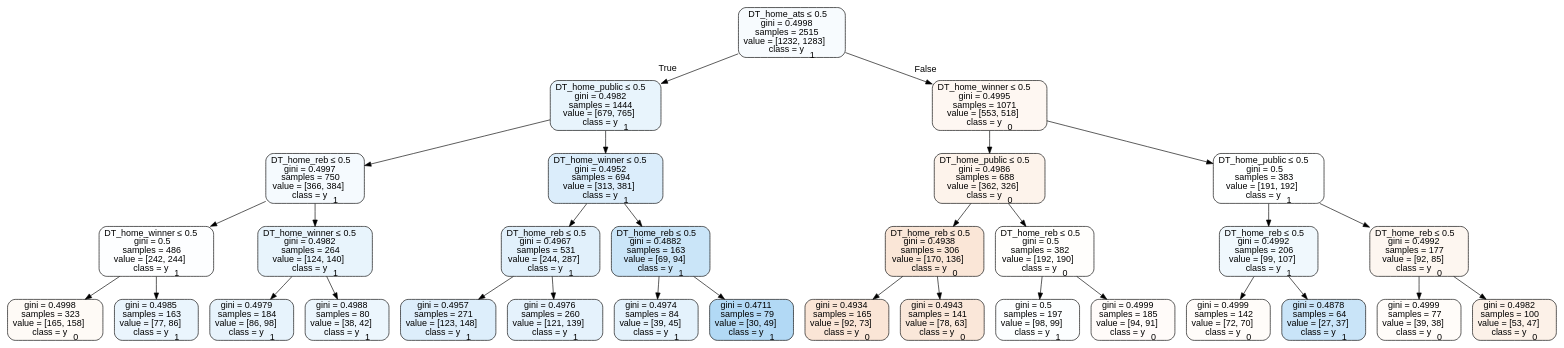
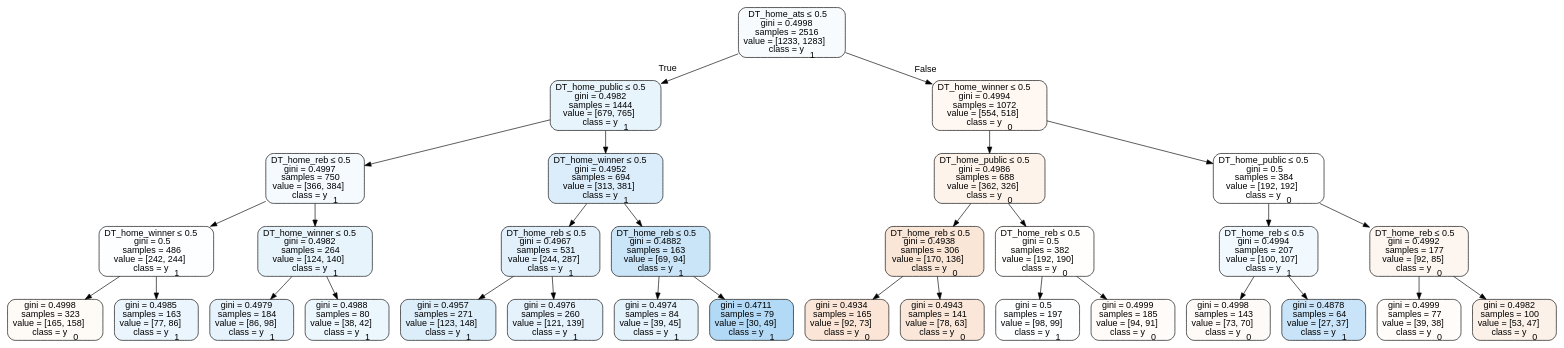
One commit to usbogie/ncaa-bets changed the diagram in Basketball/data/trees/tree2012neutral.dot. Above: the diagram before and after it, drawn with Graphviz. The commit also changed 33 other files, not shown here.

```diff
--- a/Basketball/data/trees/tree2012neutral.dot
+++ b/Basketball/data/trees/tree2012neutral.dot
@@ -1,65 +1,65 @@
 digraph Tree {
 node [shape=box, style="filled, rounded", color="black", fontname=helvetica] ;
 edge [fontname=helvetica] ;
-0 [label=<DT_home_ats &le; 0.5<br/>gini = 0.4998<br/>samples = 2515<br/>value = [1232, 1283]<br/>class = y<SUB>1</SUB>>, fillcolor="#399de50a"] ;
+0 [label=<DT_home_ats &le; 0.5<br/>gini = 0.4998<br/>samples = 2516<br/>value = [1233, 1283]<br/>class = y<SUB>1</SUB>>, fillcolor="#399de50a"] ;
 1 [label=<DT_home_public &le; 0.5<br/>gini = 0.4982<br/>samples = 1444<br/>value = [679, 765]<br/>class = y<SUB>1</SUB>>, fillcolor="#399de51d"] ;
 0 -> 1 [labeldistance=2.5, labelangle=45, headlabel="True"] ;
 2 [label=<DT_home_reb &le; 0.5<br/>gini = 0.4997<br/>samples = 750<br/>value = [366, 384]<br/>class = y<SUB>1</SUB>>, fillcolor="#399de50c"] ;
 1 -> 2 ;
 3 [label=<DT_home_winner &le; 0.5<br/>gini = 0.5<br/>samples = 486<br/>value = [242, 244]<br/>class = y<SUB>1</SUB>>, fillcolor="#399de502"] ;
 2 -> 3 ;
 4 [label=<gini = 0.4998<br/>samples = 323<br/>value = [165, 158]<br/>class = y<SUB>0</SUB>>, fillcolor="#e581390b"] ;
 3 -> 4 ;
 5 [label=<gini = 0.4985<br/>samples = 163<br/>value = [77, 86]<br/>class = y<SUB>1</SUB>>, fillcolor="#399de51b"] ;
 3 -> 5 ;
 6 [label=<DT_home_winner &le; 0.5<br/>gini = 0.4982<br/>samples = 264<br/>value = [124, 140]<br/>class = y<SUB>1</SUB>>, fillcolor="#399de51d"] ;
 2 -> 6 ;
 7 [label=<gini = 0.4979<br/>samples = 184<br/>value = [86, 98]<br/>class = y<SUB>1</SUB>>, fillcolor="#399de51f"] ;
 6 -> 7 ;
 8 [label=<gini = 0.4988<br/>samples = 80<br/>value = [38, 42]<br/>class = y<SUB>1</SUB>>, fillcolor="#399de518"] ;
 6 -> 8 ;
 9 [label=<DT_home_winner &le; 0.5<br/>gini = 0.4952<br/>samples = 694<br/>value = [313, 381]<br/>class = y<SUB>1</SUB>>, fillcolor="#399de52e"] ;
 1 -> 9 ;
 10 [label=<DT_home_reb &le; 0.5<br/>gini = 0.4967<br/>samples = 531<br/>value = [244, 287]<br/>class = y<SUB>1</SUB>>, fillcolor="#399de526"] ;
 9 -> 10 ;
 11 [label=<gini = 0.4957<br/>samples = 271<br/>value = [123, 148]<br/>class = y<SUB>1</SUB>>, fillcolor="#399de52b"] ;
 10 -> 11 ;
 12 [label=<gini = 0.4976<br/>samples = 260<br/>value = [121, 139]<br/>class = y<SUB>1</SUB>>, fillcolor="#399de521"] ;
 10 -> 12 ;
 13 [label=<DT_home_reb &le; 0.5<br/>gini = 0.4882<br/>samples = 163<br/>value = [69, 94]<br/>class = y<SUB>1</SUB>>, fillcolor="#399de544"] ;
 9 -> 13 ;
 14 [label=<gini = 0.4974<br/>samples = 84<br/>value = [39, 45]<br/>class = y<SUB>1</SUB>>, fillcolor="#399de522"] ;
 13 -> 14 ;
 15 [label=<gini = 0.4711<br/>samples = 79<br/>value = [30, 49]<br/>class = y<SUB>1</SUB>>, fillcolor="#399de563"] ;
 13 -> 15 ;
-16 [label=<DT_home_winner &le; 0.5<br/>gini = 0.4995<br/>samples = 1071<br/>value = [553, 518]<br/>class = y<SUB>0</SUB>>, fillcolor="#e5813910"] ;
+16 [label=<DT_home_winner &le; 0.5<br/>gini = 0.4994<br/>samples = 1072<br/>value = [554, 518]<br/>class = y<SUB>0</SUB>>, fillcolor="#e5813911"] ;
 0 -> 16 [labeldistance=2.5, labelangle=-45, headlabel="False"] ;
 17 [label=<DT_home_public &le; 0.5<br/>gini = 0.4986<br/>samples = 688<br/>value = [362, 326]<br/>class = y<SUB>0</SUB>>, fillcolor="#e5813919"] ;
 16 -> 17 ;
 18 [label=<DT_home_reb &le; 0.5<br/>gini = 0.4938<br/>samples = 306<br/>value = [170, 136]<br/>class = y<SUB>0</SUB>>, fillcolor="#e5813933"] ;
 17 -> 18 ;
 19 [label=<gini = 0.4934<br/>samples = 165<br/>value = [92, 73]<br/>class = y<SUB>0</SUB>>, fillcolor="#e5813935"] ;
 18 -> 19 ;
 20 [label=<gini = 0.4943<br/>samples = 141<br/>value = [78, 63]<br/>class = y<SUB>0</SUB>>, fillcolor="#e5813931"] ;
 18 -> 20 ;
 21 [label=<DT_home_reb &le; 0.5<br/>gini = 0.5<br/>samples = 382<br/>value = [192, 190]<br/>class = y<SUB>0</SUB>>, fillcolor="#e5813903"] ;
 17 -> 21 ;
 22 [label=<gini = 0.5<br/>samples = 197<br/>value = [98, 99]<br/>class = y<SUB>1</SUB>>, fillcolor="#399de503"] ;
 21 -> 22 ;
 23 [label=<gini = 0.4999<br/>samples = 185<br/>value = [94, 91]<br/>class = y<SUB>0</SUB>>, fillcolor="#e5813908"] ;
 21 -> 23 ;
-24 [label=<DT_home_public &le; 0.5<br/>gini = 0.5<br/>samples = 383<br/>value = [191, 192]<br/>class = y<SUB>1</SUB>>, fillcolor="#399de501"] ;
+24 [label=<DT_home_public &le; 0.5<br/>gini = 0.5<br/>samples = 384<br/>value = [192, 192]<br/>class = y<SUB>0</SUB>>, fillcolor="#e5813900"] ;
 16 -> 24 ;
-25 [label=<DT_home_reb &le; 0.5<br/>gini = 0.4992<br/>samples = 206<br/>value = [99, 107]<br/>class = y<SUB>1</SUB>>, fillcolor="#399de513"] ;
+25 [label=<DT_home_reb &le; 0.5<br/>gini = 0.4994<br/>samples = 207<br/>value = [100, 107]<br/>class = y<SUB>1</SUB>>, fillcolor="#399de511"] ;
 24 -> 25 ;
-26 [label=<gini = 0.4999<br/>samples = 142<br/>value = [72, 70]<br/>class = y<SUB>0</SUB>>, fillcolor="#e5813907"] ;
+26 [label=<gini = 0.4998<br/>samples = 143<br/>value = [73, 70]<br/>class = y<SUB>0</SUB>>, fillcolor="#e581390a"] ;
 25 -> 26 ;
 27 [label=<gini = 0.4878<br/>samples = 64<br/>value = [27, 37]<br/>class = y<SUB>1</SUB>>, fillcolor="#399de545"] ;
 25 -> 27 ;
 28 [label=<DT_home_reb &le; 0.5<br/>gini = 0.4992<br/>samples = 177<br/>value = [92, 85]<br/>class = y<SUB>0</SUB>>, fillcolor="#e5813913"] ;
 24 -> 28 ;
 29 [label=<gini = 0.4999<br/>samples = 77<br/>value = [39, 38]<br/>class = y<SUB>0</SUB>>, fillcolor="#e5813907"] ;
 28 -> 29 ;
 30 [label=<gini = 0.4982<br/>samples = 100<br/>value = [53, 47]<br/>class = y<SUB>0</SUB>>, fillcolor="#e581391d"] ;
 28 -> 30 ;
 }
```
